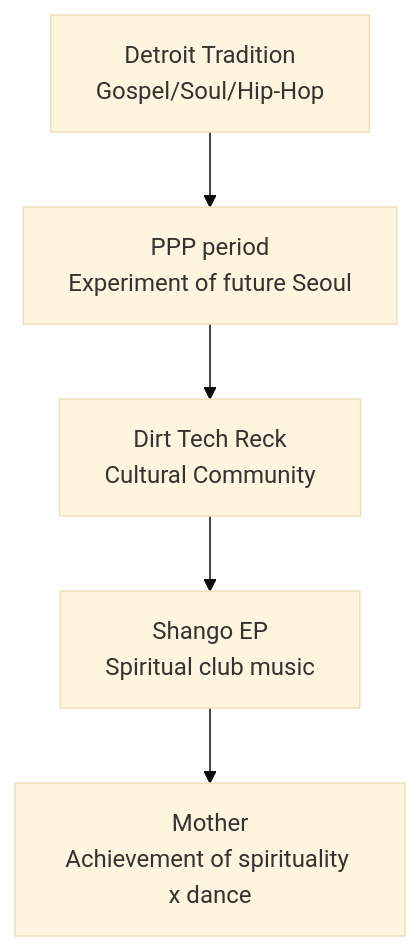
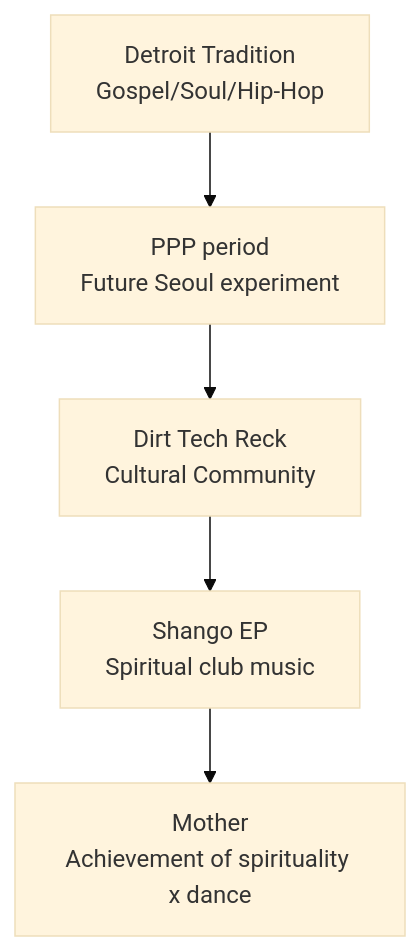
Before and after one commit to monumental-movement/monumental-movement.github.io: the second of 2 diagrams in en/_posts/2025-11-28-column-waajeed.md, drawn with Mermaid (base theme). The commit also changed other lines of this file and 504 other files, not shown here.

```diff
--- a/en/_posts/2025-11-28-column-waajeed.md
+++ b/en/_posts/2025-11-28-column-waajeed.md
@@ -247,7 +247,7 @@
 <div class="mermaid">
 graph TD
-    A[Detroit Tradition<br>Gospel/Soul/Hip-Hop] --> B[PPP period<br>Experiment of future Seoul]
+    A[Detroit Tradition<br>Gospel/Soul/Hip-Hop] --> B[PPP period<br>Future Seoul experiment]
     B --> C[Dirt Tech Reck<br>Cultural Community]
     C --> D[Shango EP<br>Spiritual club music]
     D --> E[Mother<br>Achievement of spirituality x dance]
 </div>
```
